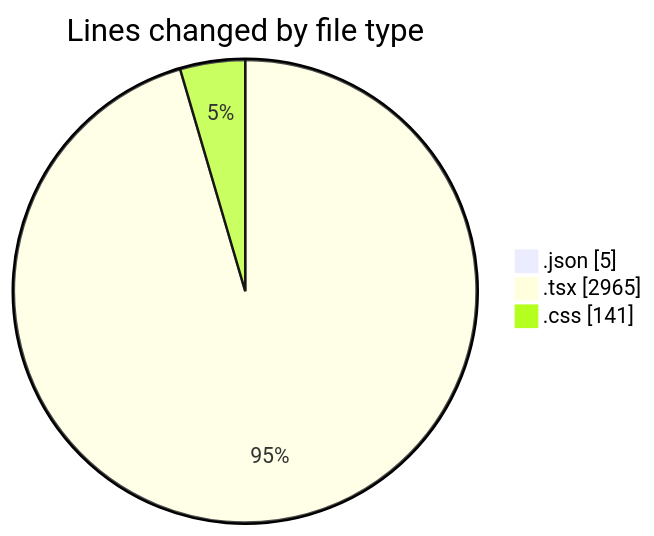
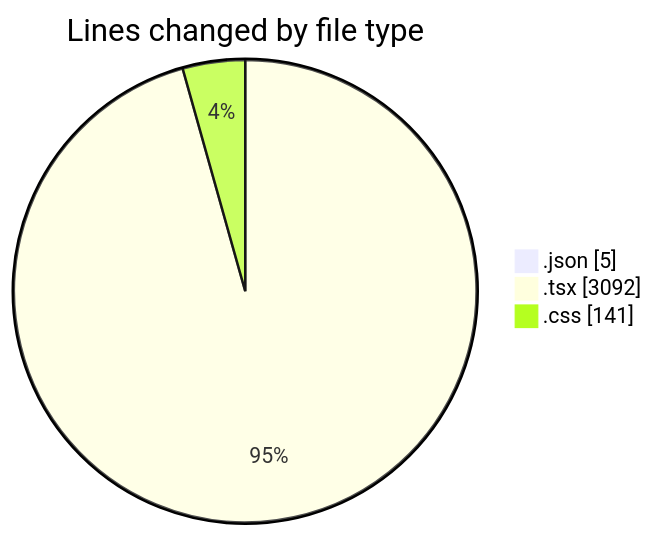
Before and after one commit to Elitesun/code-tracking: the first of 2 diagrams in 2025-05-29/advertise/README.md, drawn with Mermaid. The commit also changed other lines of this file and 1 other file, not shown here.

````diff
--- a/2025-05-29/advertise/README.md
+++ b/2025-05-29/advertise/README.md
@@ -28,7 +28,7 @@
 ```mermaid
 pie showData
 title Lines changed by file type
 ".json" : 5
-".tsx" : 2965
+".tsx" : 3092
 ".css" : 141
 ```
````
